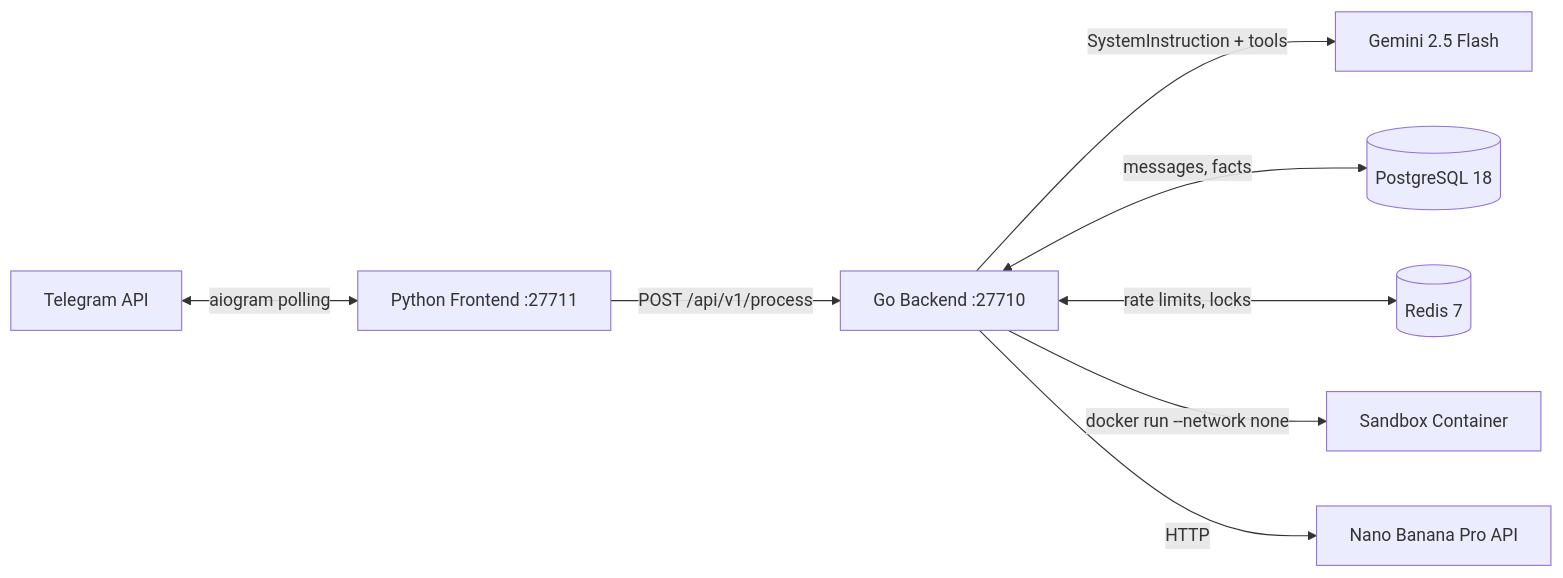
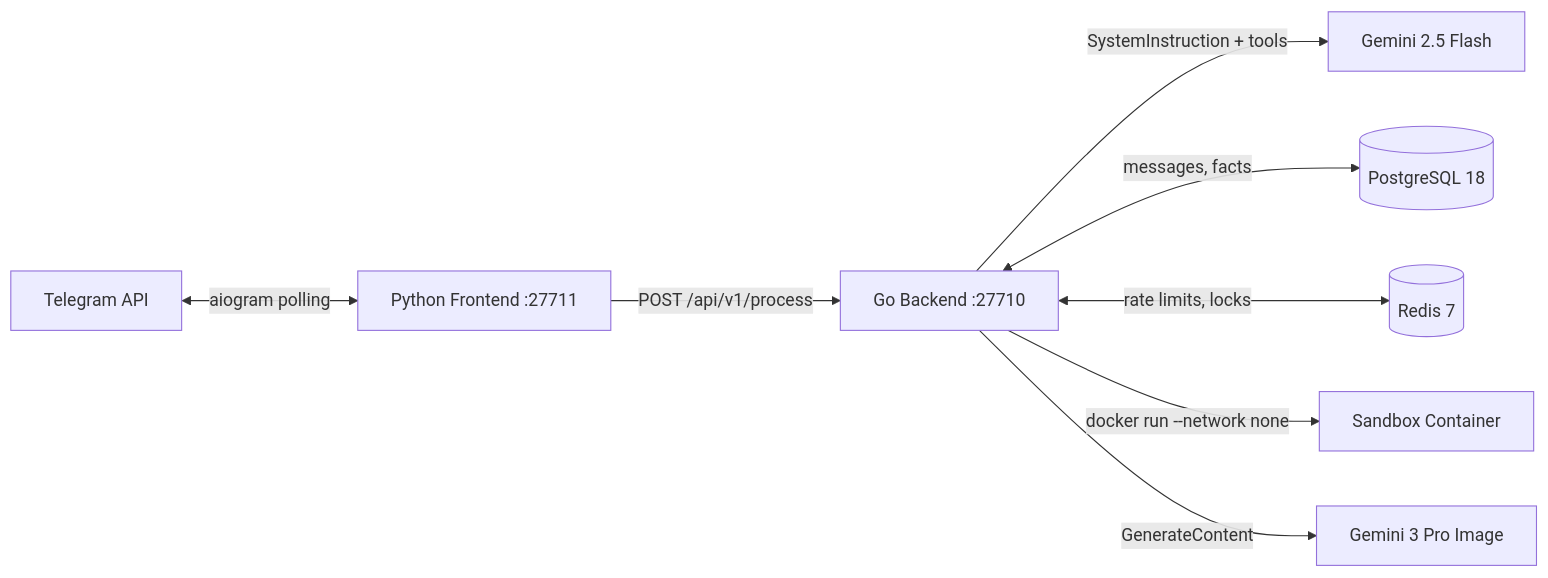
One commit to ThatHunky/gryag changed the diagram in docs/architecture.md. Above: the diagram before and after it, drawn with Mermaid. The commit also changed other lines of this file and 39 other files, not shown here.

````diff
--- a/docs/architecture.md
+++ b/docs/architecture.md
@@ -7,10 +7,10 @@
 ```mermaid
 graph LR
     TG[Telegram API] <-->|aiogram polling| FE[Python Frontend :27711]
     FE -->|POST /api/v1/process| BE[Go Backend :27710]
     BE -->|SystemInstruction + tools| GEM[Gemini 2.5 Flash]
     BE <-->|messages, facts| PG[(PostgreSQL 18)]
     BE <-->|rate limits, locks| RD[(Redis 7)]
     BE -->|docker run --network none| SB[Sandbox Container]
-    BE -->|HTTP| NB[Nano Banana Pro API]
+    BE -->|GenerateContent| GEMIMG[Gemini 3 Pro Image]
 ```
````
